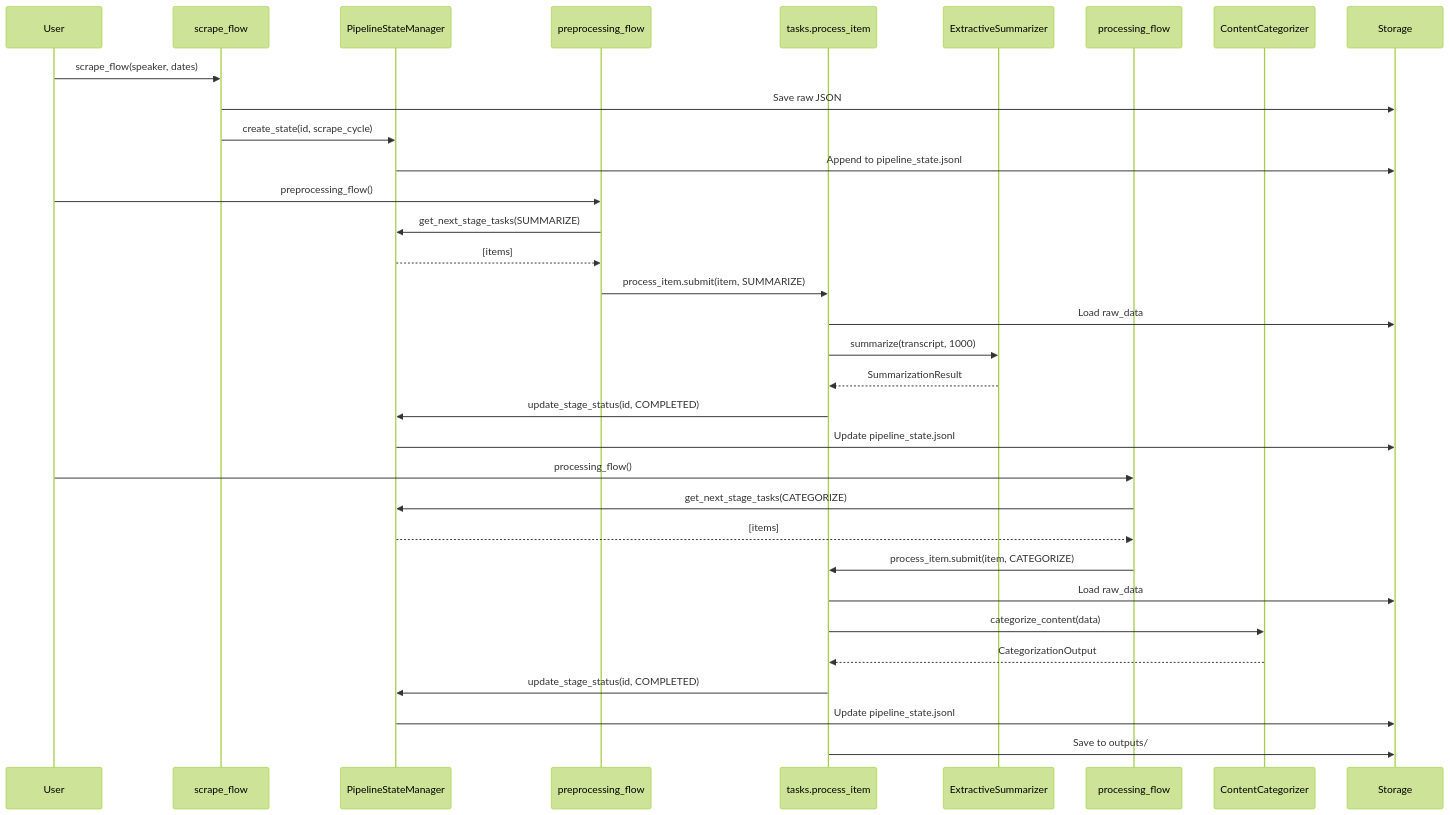
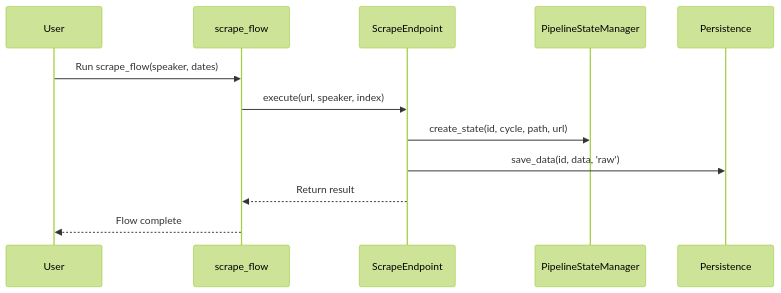
The fourth of 4 diagrams in documentation/architecture.md (dmitriyratu/DiscourseKG), drawn with Mermaid (forest theme) before and after one commit. The commit also changed other lines of this file and 20 other files, not shown here.

First line of the commit message:
refactor: update architecture documentation and streamline flow tasks

````diff
--- a/documentation/architecture.md
+++ b/documentation/architecture.md
@@ -193,38 +147,15 @@
 ```mermaid
 sequenceDiagram
-    participant User
+    participant U as User
     participant SF as scrape_flow
+    participant SE as ScrapeEndpoint
     participant PSM as PipelineStateManager
-    participant PF as preprocessing_flow
-    participant T as tasks.process_item
-    participant ES as ExtractiveSummarizer
-    participant CF as processing_flow
-    participant CC as ContentCategorizer
-    participant Storage
+    participant P as Persistence
     
-    User->>SF: scrape_flow(speaker, dates)
-    SF->>Storage: Save raw JSON
-    SF->>PSM: create_state(id, scrape_cycle)
-    PSM->>Storage: Append to pipeline_state.jsonl
-    
-    User->>PF: preprocessing_flow()
-    PF->>PSM: get_next_stage_tasks(SUMMARIZE)
-    PSM-->>PF: [items]
-    PF->>T: process_item.submit(item, SUMMARIZE)
-    T->>Storage: Load raw_data
-    T->>ES: summarize(transcript, 1000)
-    ES-->>T: SummarizationResult
-    T->>PSM: update_stage_status(id, COMPLETED)
-    PSM->>Storage: Update pipeline_state.jsonl
-    
-    User->>CF: processing_flow()
-    CF->>PSM: get_next_stage_tasks(CATEGORIZE)
-    PSM-->>CF: [items]
-    CF->>T: process_item.submit(item, CATEGORIZE)
-    T->>Storage: Load raw_data
-    T->>CC: categorize_content(data)
-    CC-->>T: CategorizationOutput
-    T->>PSM: update_stage_status(id, COMPLETED)
-    PSM->>Storage: Update pipeline_state.jsonl
-    T->>Storage: Save to outputs/
+    U->>SF: Run scrape_flow(speaker, dates)
+    SF->>SE: execute(url, speaker, index)
+    SE->>PSM: create_state(id, cycle, path, url)
+    SE->>P: save_data(id, data, 'raw')
+    SE-->>SF: Return result
+    SF-->>U: Flow complete
 ```
````
